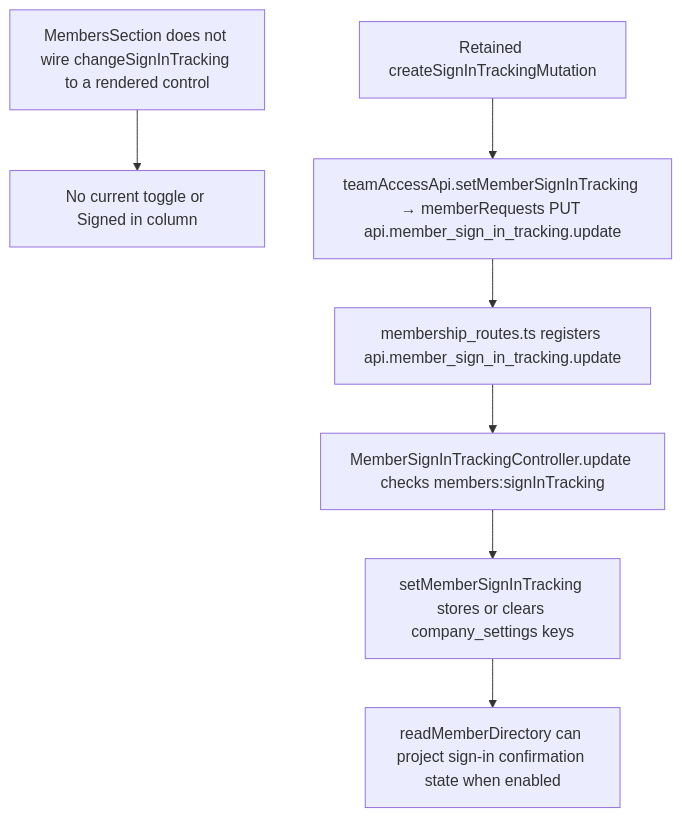
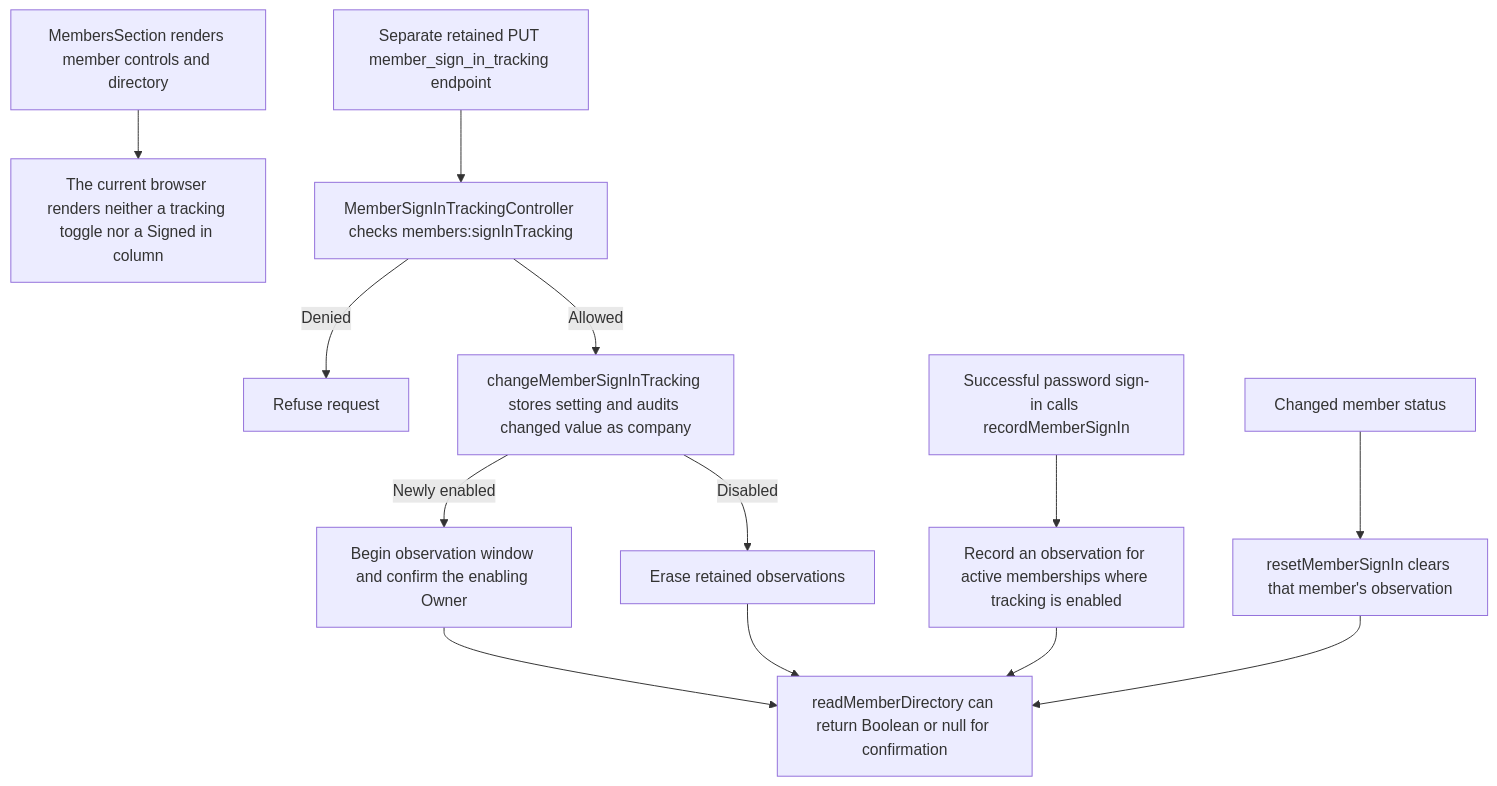
One commit to Kevinjohn/capacitylens changed the second of 2 diagrams in user-stories/team/US-TEAM-11-sign-in-tracking.md. Above: the diagram before and after it, drawn with Mermaid. The commit also changed other lines of this file and 172 other files, not shown here.

Commit message:
docs: reconcile user story code flows with source

````diff
--- a/user-stories/team/US-TEAM-11-sign-in-tracking.md
+++ b/user-stories/team/US-TEAM-11-sign-in-tracking.md
@@ -33,9 +33,15 @@
 ```mermaid
 flowchart TD
-    Screen["MembersSection does not wire changeSignInTracking to a rendered control"] --> NoEntry["No current toggle or Signed in column"]
-    Hook["Retained createSignInTrackingMutation"] --> Client["teamAccessApi.setMemberSignInTracking → memberRequests PUT api.member_sign_in_tracking.update"]
-    Client --> Route["membership_routes.ts registers api.member_sign_in_tracking.update"]
-    Route --> Controller["MemberSignInTrackingController.update checks members:signInTracking"]
-    Controller --> Service["setMemberSignInTracking stores or clears company_settings keys"]
-    Service --> Directory["readMemberDirectory can project sign-in confirmation state when enabled"]
+  screen["MembersSection renders member controls and directory"] --> hidden["The current browser renders neither a tracking toggle nor a Signed in column"]
+  api["Separate retained PUT member_sign_in_tracking endpoint"] --> auth["MemberSignInTrackingController checks members:signInTracking"]
+  auth -->|Denied| refusal["Refuse request"]
+  auth -->|Allowed| tracking["changeMemberSignInTracking stores setting and audits changed value as company"]
+  tracking -->|Newly enabled| window["Begin observation window and confirm the enabling Owner"]
+  tracking -->|Disabled| remove["Erase retained observations"]
+  login["Successful password sign-in calls recordMemberSignIn"] --> producer["Record an observation for active memberships where tracking is enabled"]
+  status["Changed member status"] --> erase["resetMemberSignIn clears that member's observation"]
+  window --> directory["readMemberDirectory can return Boolean or null for confirmation"]
+  remove --> directory
+  producer --> directory
+  erase --> directory
 ```
````
